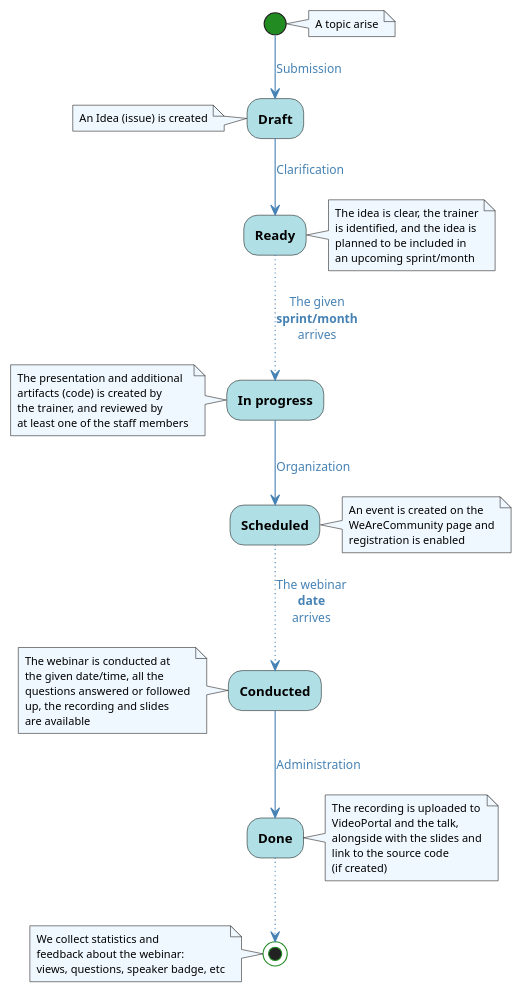
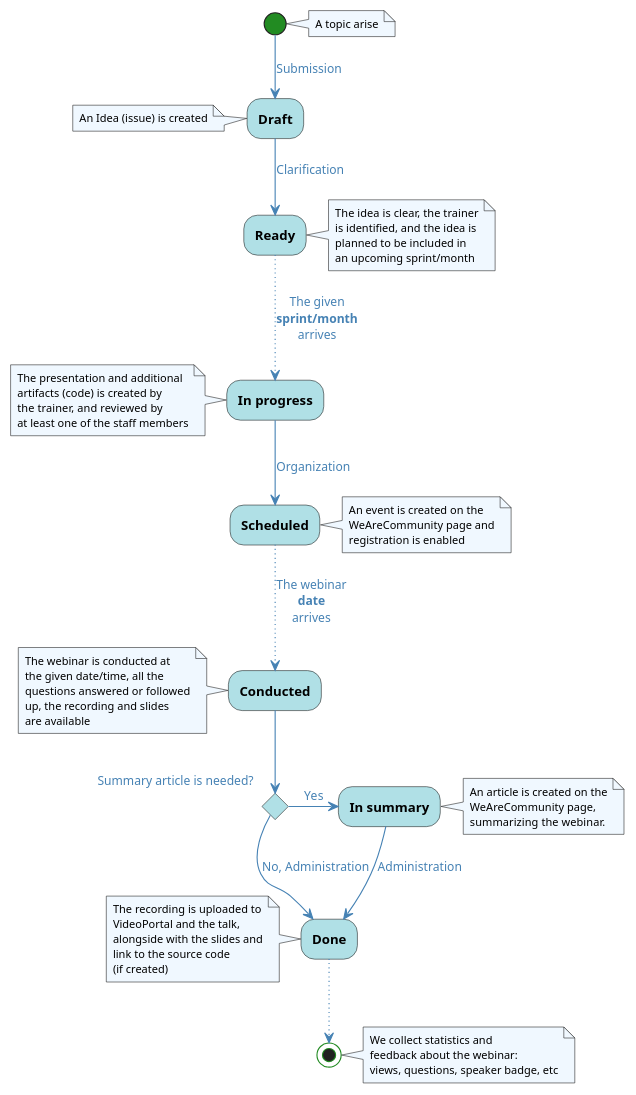
One commit to Idea-Pool/topics changed the diagram in docs/uml/format_webinar.puml. Above: the diagram before and after it, drawn with PlantUML. The commit also changed 2 other files, not shown here.

Commit message:
Updated webinar process

```diff
--- a/docs/uml/format_webinar.puml
+++ b/docs/uml/format_webinar.puml
@@ -1,73 +1,83 @@
 @startuml Webinar Format Process
 
 skinparam defaultFontName Ubuntu Light
 skinparam backgroundColor transparent
 
 skinparam activity {
     BackgroundColor PowderBlue
     StartColor ForestGreen
     EndColor ForestGreen
     FontStyle bold
 }
 
 skinparam arrow {
     Color SteelBlue
     FontColor SteelBlue
 }
 
 skinparam note {
     BackgroundColor AliceBlue
     FontSize 10
 }
 
 note right
     A topic arise
 end note
 (*) -->[Submission] Draft
 note left
     An Idea (issue) is created
 end note
 -->[Clarification] Ready
 note right
     The idea is clear, the trainer
     is identified, and the idea is
     planned to be included in
     an upcoming sprint/month
 end note
 ..>[The given\n**sprint/month**\narrives] In progress
 note left
     The presentation and additional
     artifacts (code) is created by
     the trainer, and reviewed by
     at least one of the staff members
 end note
 -->[Organization] Scheduled
 note right
     An event is created on the
     WeAreCommunity page and
     registration is enabled
 end note
 ..>[The webinar\n**date**\narrives] Conducted
 note left
     The webinar is conducted at
     the given date/time, all the
     questions answered or followed
     up, the recording and slides
     are available
 end note
--->[Administration] Done
-note right
+if "Summary article is needed?" then
+    -right->[Yes] In summary
+    note right
+        An article is created on the
+        WeAreCommunity page,
+        summarizing the webinar.
+    end note
+    -->[Administration] Done
+else
+    -->[No, Administration] Done
+endif
+note left
     The recording is uploaded to
     VideoPortal and the talk,
     alongside with the slides and
     link to the source code
     (if created)
 end note
 ..> (*)
-note left
+note right
     We collect statistics and
     feedback about the webinar:
     views, questions, speaker badge, etc
 end note
 
 @enduml
```
